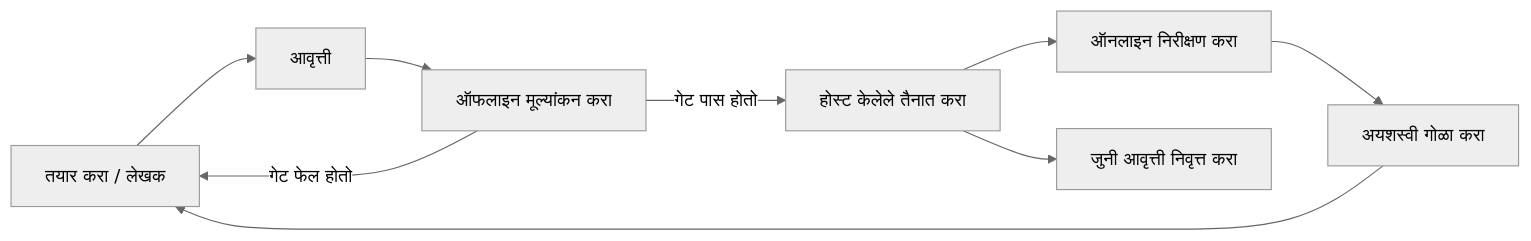
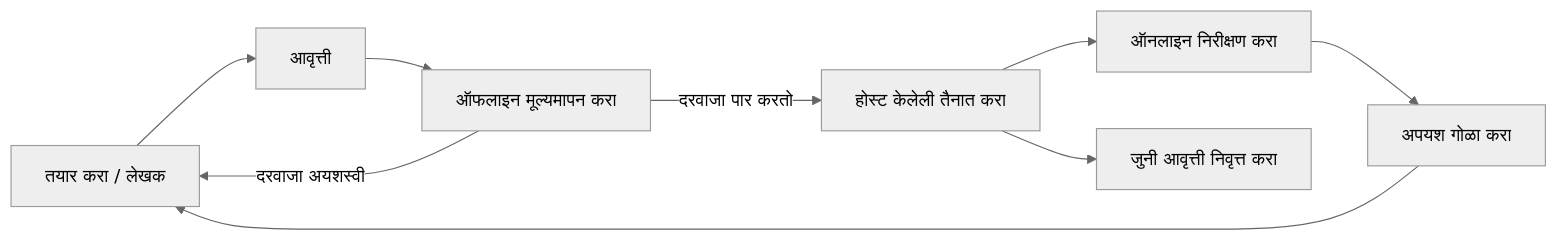
Before and after one commit to microsoft/ai-agents-for-beginners: the second of 4 diagrams in translations/mr/16-deploying-scalable-agents/README.md, drawn with Mermaid (neutral theme). The commit also changed other lines of this file and 45 other files, not shown here.

````diff
--- a/translations/mr/16-deploying-scalable-agents/README.md
+++ b/translations/mr/16-deploying-scalable-agents/README.md
@@ -108,11 +108,11 @@
 ```mermaid
 flowchart LR
     Create[तयार करा / लेखक] --> Version[आवृत्ती]
-    Version --> Evaluate[ऑफलाइन मूल्यांकन करा]
-    Evaluate -->|गेट पास होतो| Deploy[होस्ट केलेले तैनात करा]
-    Evaluate -->|गेट फेल होतो| Create
+    Version --> Evaluate[ऑफलाइन मूल्यमापन करा]
+    Evaluate -->|दरवाजा पार करतो| Deploy[होस्ट केलेली तैनात करा]
+    Evaluate -->|दरवाजा अयशस्वी| Create
     Deploy --> Observe[ऑनलाइन निरीक्षण करा]
-    Observe --> Improve[अयशस्वी गोळा करा]
+    Observe --> Improve[अपयश गोळा करा]
     Improve --> Create
     Deploy --> Retire[जुनी आवृत्ती निवृत्त करा]
 ```
````
